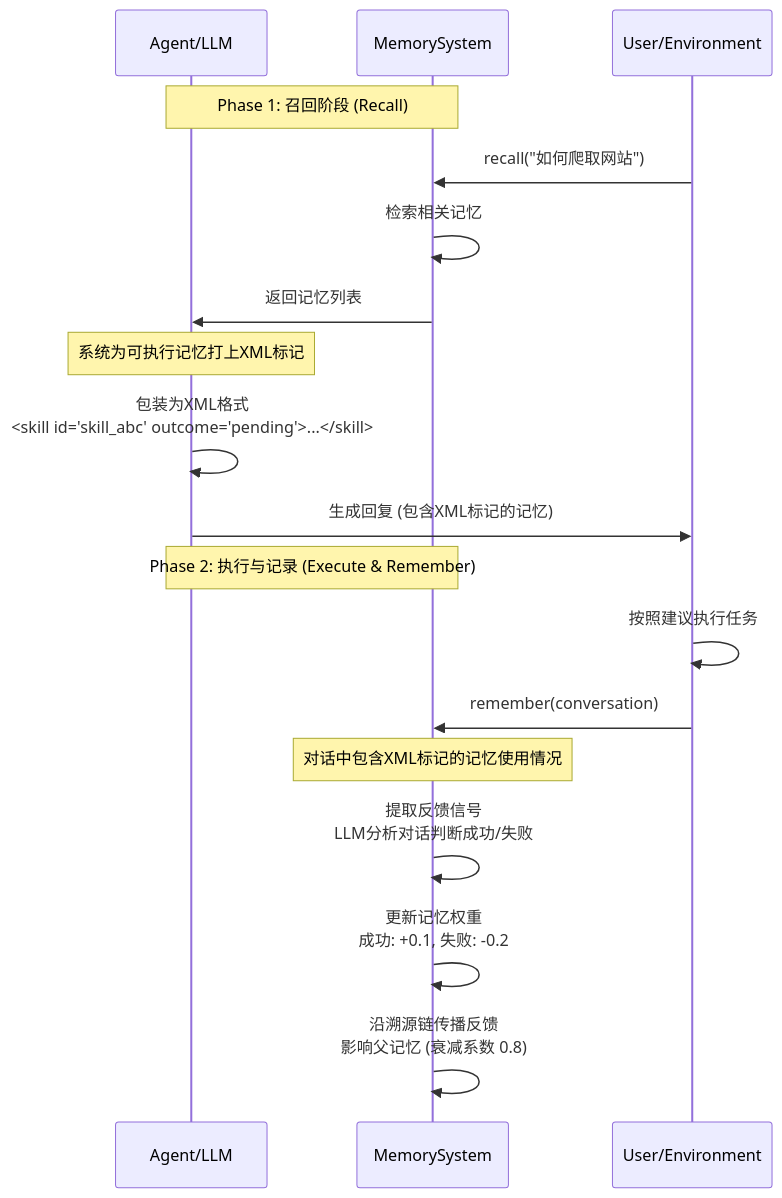
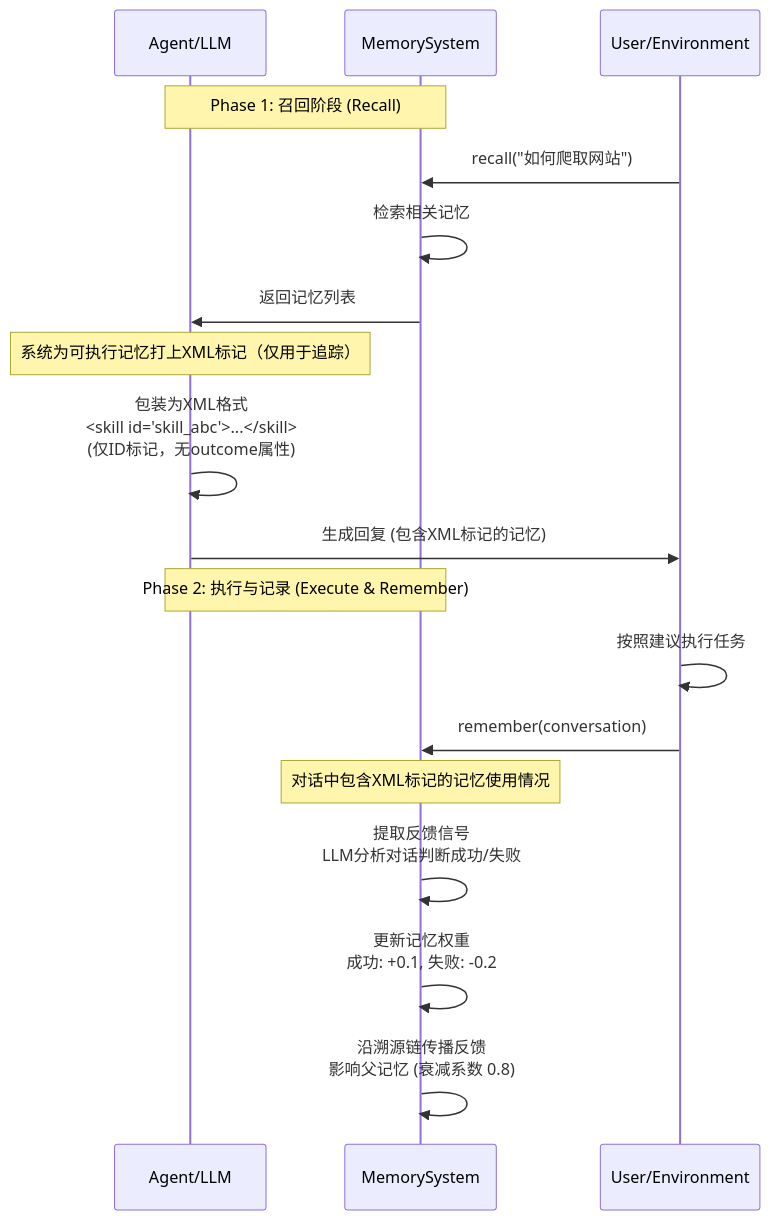
Before and after one commit to Lincyaw/h-mem: the diagram in docs/implementation-history.md, drawn with Mermaid. The commit also changed other lines of this file and 7 other files, not shown here.

````diff
--- a/docs/implementation-history.md
+++ b/docs/implementation-history.md
@@ -11,24 +11,24 @@
 ```mermaid
 sequenceDiagram
     participant Agent as Agent/LLM
     participant Memory as MemorySystem
     participant User as User/Environment
     
     Note over Agent,Memory: Phase 1: 召回阶段 (Recall)
     User->>Memory: recall("如何爬取网站")
     Memory->>Memory: 检索相关记忆
     Memory->>Agent: 返回记忆列表
     
-    Note over Agent: 系统为可执行记忆打上XML标记
-    Agent->>Agent: 包装为XML格式<br/><skill id="skill_abc" outcome="pending">...</skill>
+    Note over Agent: 系统为可执行记忆打上XML标记（仅用于追踪）
+    Agent->>Agent: 包装为XML格式<br/><skill id="skill_abc">...</skill><br/>(仅ID标记，无outcome属性)
     Agent->>User: 生成回复 (包含XML标记的记忆)
     
     Note over Agent,Memory: Phase 2: 执行与记录 (Execute & Remember)
     User->>User: 按照建议执行任务
     User->>Memory: remember(conversation)
     Note over Memory: 对话中包含XML标记的记忆使用情况
     
     Memory->>Memory: 提取反馈信号<br/>LLM分析对话判断成功/失败
     Memory->>Memory: 更新记忆权重<br/>成功: +0.1, 失败: -0.2
     Memory->>Memory: 沿溯源链传播反馈<br/>影响父记忆 (衰减系数 0.8)
 ```
````
